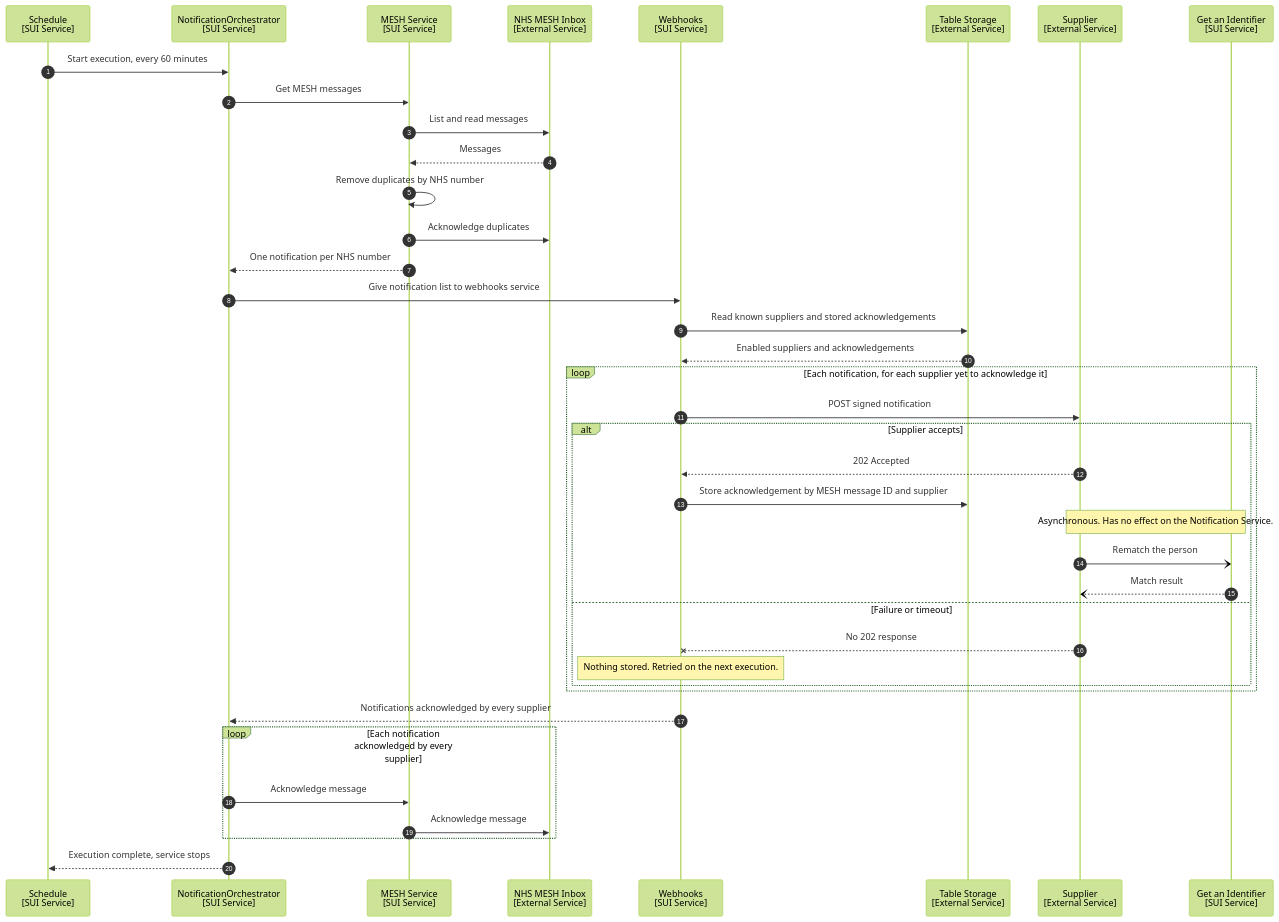
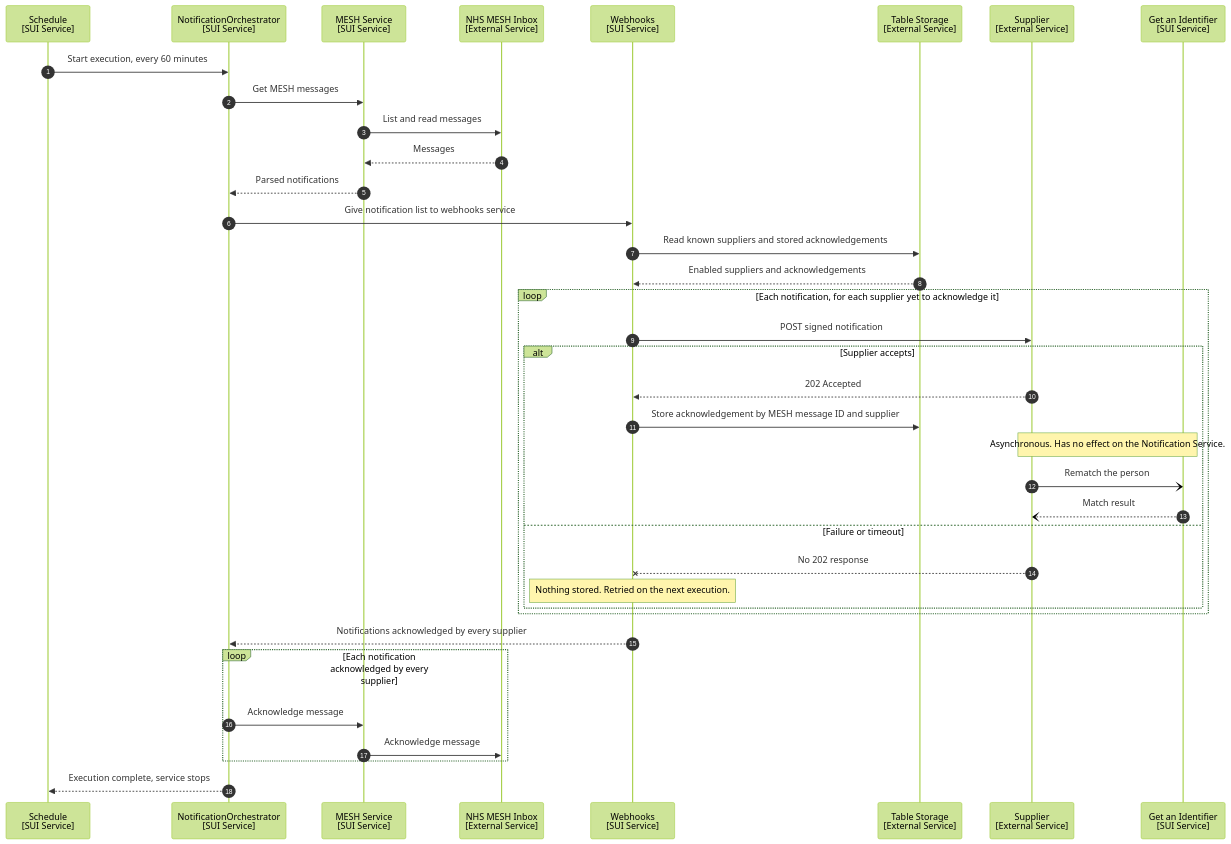
One commit to DFE-Digital/single-unique-identifier changed the diagram in Docs/Design/NotificationService/EndToEndFlow.md. Above: the diagram before and after it, drawn with Mermaid (forest theme). The commit also changed other lines of this file and 1 other file, not shown here.

Commit message:
docs(mesh_mns): update flow and deprecate duplicate handling

````diff
--- a/Docs/Design/NotificationService/EndToEndFlow.md
+++ b/Docs/Design/NotificationService/EndToEndFlow.md
@@ -50,48 +49,46 @@
 ```mermaid
 sequenceDiagram
     autonumber
     participant Schedule as Schedule<br/>[SUI Service]
     participant Orchestrator as NotificationOrchestrator<br/>[SUI Service]
     participant Mesh as MESH Service<br/>[SUI Service]
     participant Inbox as NHS MESH Inbox<br/>[External Service]
     participant Webhooks as Webhooks<br/>[SUI Service]
     participant Storage as Table Storage<br/>[External Service]
     participant Supplier as Supplier<br/>[External Service]
     participant GetAnId as Get an Identifier<br/>[SUI Service]
 
     Schedule->>Orchestrator: Start execution, every 60 minutes
 
     Orchestrator->>Mesh: Get MESH messages
     Mesh->>Inbox: List and read messages
     Inbox-->>Mesh: Messages
-    Mesh->>Mesh: Remove duplicates by NHS number
-    Mesh->>Inbox: Acknowledge duplicates
-    Mesh-->>Orchestrator: One notification per NHS number
+    Mesh-->>Orchestrator: Parsed notifications
 
     Orchestrator->>Webhooks: Give notification list to webhooks service
     Webhooks->>Storage: Read known suppliers and stored acknowledgements
     Storage-->>Webhooks: Enabled suppliers and acknowledgements
 
     loop Each notification, for each supplier yet to acknowledge it
         Webhooks->>Supplier: POST signed notification
         alt Supplier accepts
             Supplier-->>Webhooks: 202 Accepted
             Webhooks->>Storage: Store acknowledgement by MESH message ID and supplier
             Note over Supplier,GetAnId: Asynchronous. Has no effect on the Notification Service.
             Supplier-)GetAnId: Rematch the person
             GetAnId--)Supplier: Match result
         else Failure or timeout
             Supplier--xWebhooks: No 202 response
             Note over Webhooks: Nothing stored. Retried on the next execution.
         end
     end
 
     Webhooks-->>Orchestrator: Notifications acknowledged by every supplier
 
     loop Each notification acknowledged by every supplier
         Orchestrator->>Mesh: Acknowledge message
         Mesh->>Inbox: Acknowledge message
     end
 
     Orchestrator-->>Schedule: Execution complete, service stops
 ```
````
